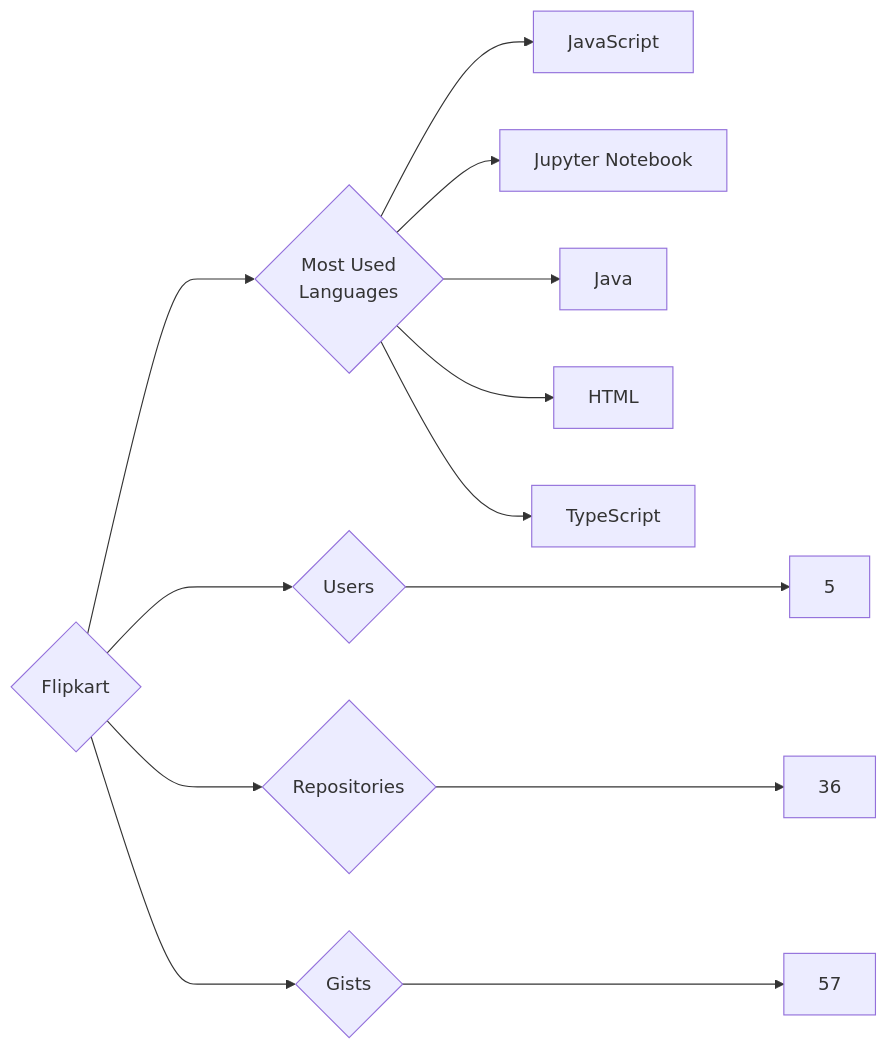
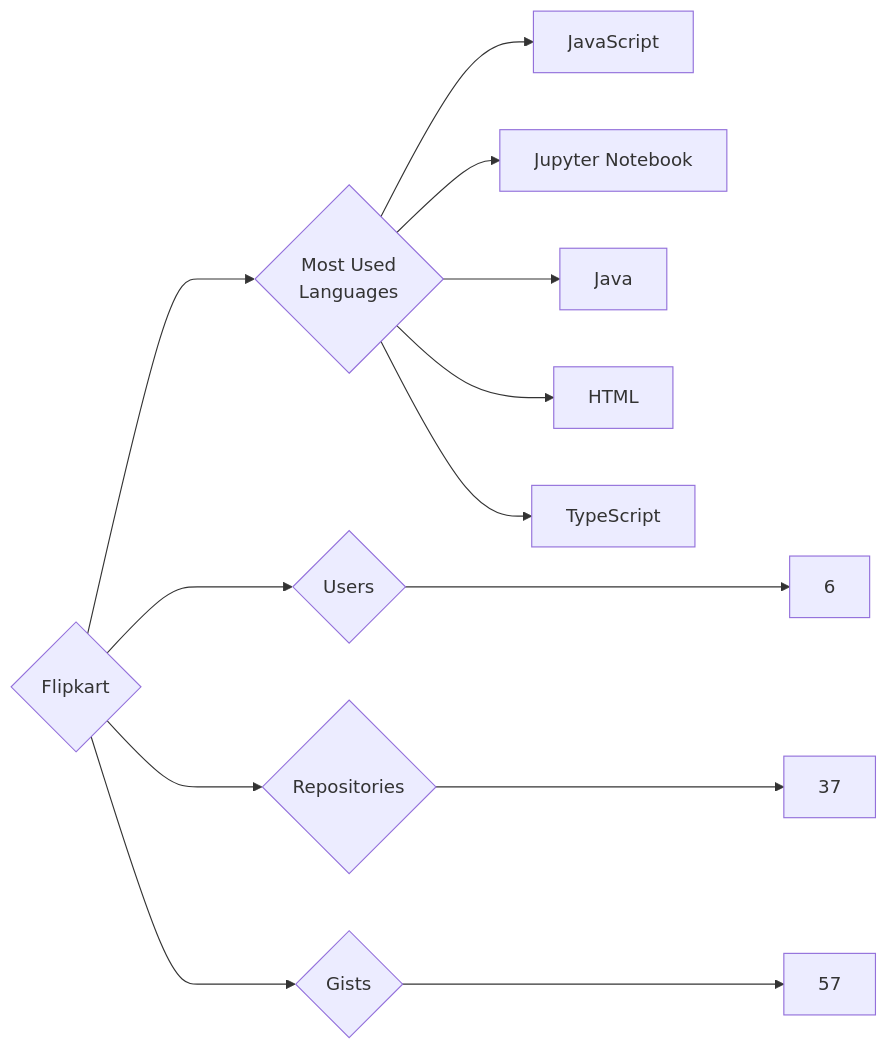
One commit to trickest/insiders changed the diagram in targets/Flipkart/README.md. Above: the diagram before and after it, drawn with Mermaid. The commit also changed 934 other files, not shown here.

````diff
--- a/targets/Flipkart/README.md
+++ b/targets/Flipkart/README.md
@@ -3,13 +3,13 @@
 ```mermaid
 graph LR
 COMPANY_NAME{Flipkart}
-COMPANY_NAME ---> U{Users} ---> UN[5]
-COMPANY_NAME ---> R{Repositories} ---> RN[36]
+COMPANY_NAME ---> U{Users} ---> UN[6]
+COMPANY_NAME ---> R{Repositories} ---> RN[37]
 COMPANY_NAME ---> G{Gists} ---> GN[57]
 COMPANY_NAME ---> ML{Most Used<br>Languages}
 ML --> JavaScript[JavaScript]
 ML --> Jupyter_Notebook[Jupyter Notebook]
 ML --> Java[Java]
 ML --> HTML[HTML]
 ML --> TypeScript[TypeScript]
 ```
````
